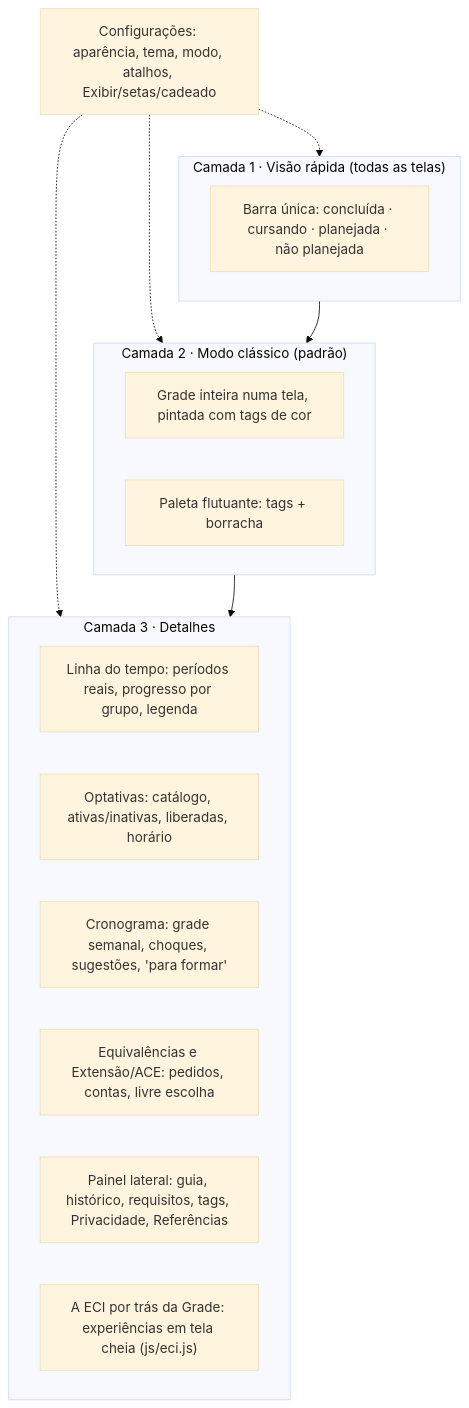
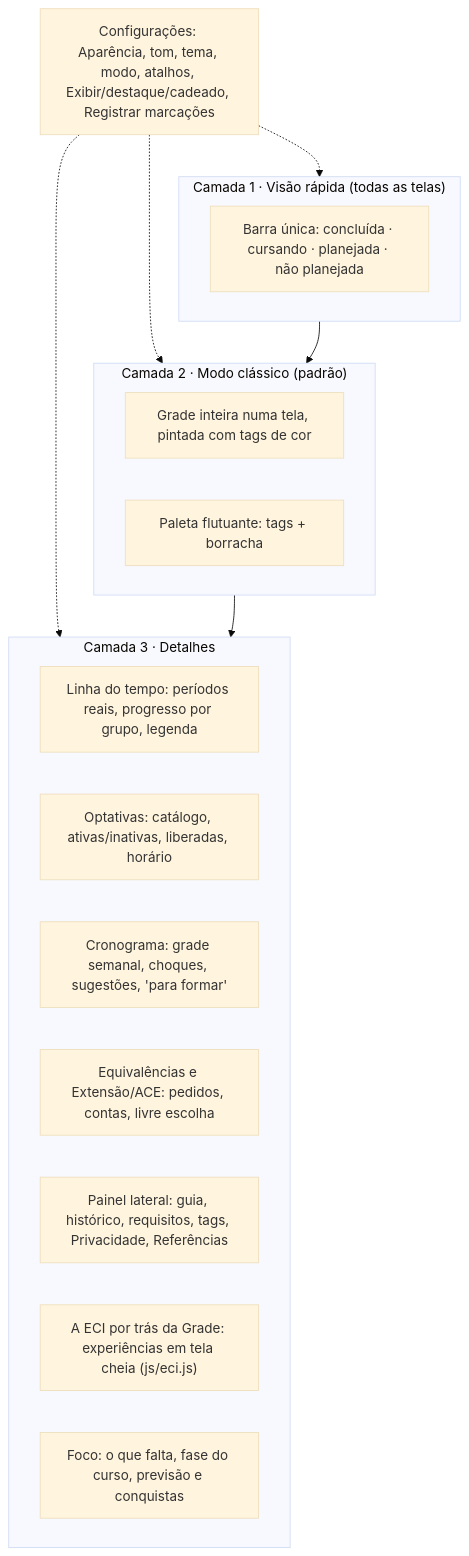
The fourth of 7 diagrams in docs/ARQUITETURA.md (JoaoAndrade01/grade), drawn with Mermaid (base theme) before and after one commit. The commit also changed other lines of this file and 4 other files, not shown here.

First line of the commit message:
docs: arquitetura e design com js/progresso.js, js/conquistas.js, Foco, Aparência e Destaque

````diff
--- a/docs/ARQUITETURA.md
+++ b/docs/ARQUITETURA.md
@@ -129,21 +137,22 @@
 ```mermaid
 flowchart TB
   subgraph CAM1["Camada 1 · Visão rápida (todas as telas)"]
     BARRA["Barra única: concluída · cursando · planejada · não planejada"]
   end
   subgraph CAM2["Camada 2 · Modo clássico (padrão)"]
     GRADE["Grade inteira numa tela, pintada com tags de cor"]
     FERR["Paleta flutuante: tags + borracha"]
   end
   subgraph CAM3["Camada 3 · Detalhes"]
     TL["Linha do tempo: períodos reais, progresso por grupo, legenda"]
     OP["Optativas: catálogo, ativas/inativas, liberadas, horário"]
     CR["Cronograma: grade semanal, choques, sugestões, 'para formar'"]
     EQ["Equivalências e Extensão/ACE: pedidos, contas, livre escolha"]
     DET["Painel lateral: guia, histórico, requisitos, tags, Privacidade, Referências"]
     ECI["A ECI por trás da Grade: experiências em tela cheia (js/eci.js)"]
+    FOCO["Foco: o que falta, fase do curso, previsão e conquistas"]
   end
-  CFG["Configurações: aparência, tema, modo, atalhos, Exibir/setas/cadeado"]
+  CFG["Configurações: Aparência, tom, tema, modo, atalhos, Exibir/destaque/cadeado, Registrar marcações"]
   CFG -.-> CAM1 & CAM2 & CAM3
   CAM1 --> CAM2 --> CAM3
 ```
````
